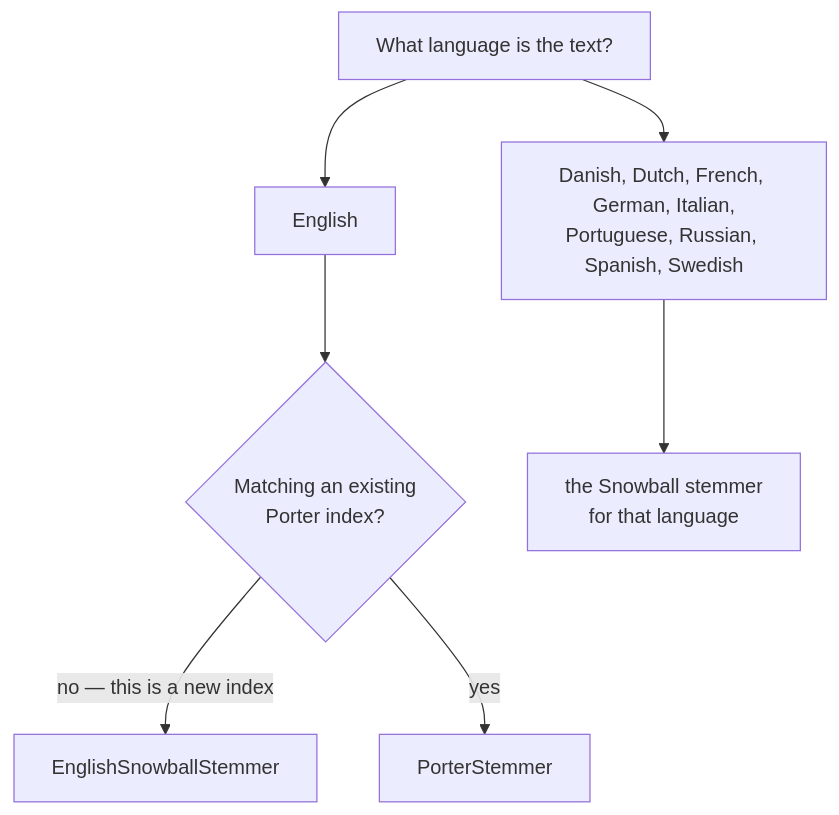
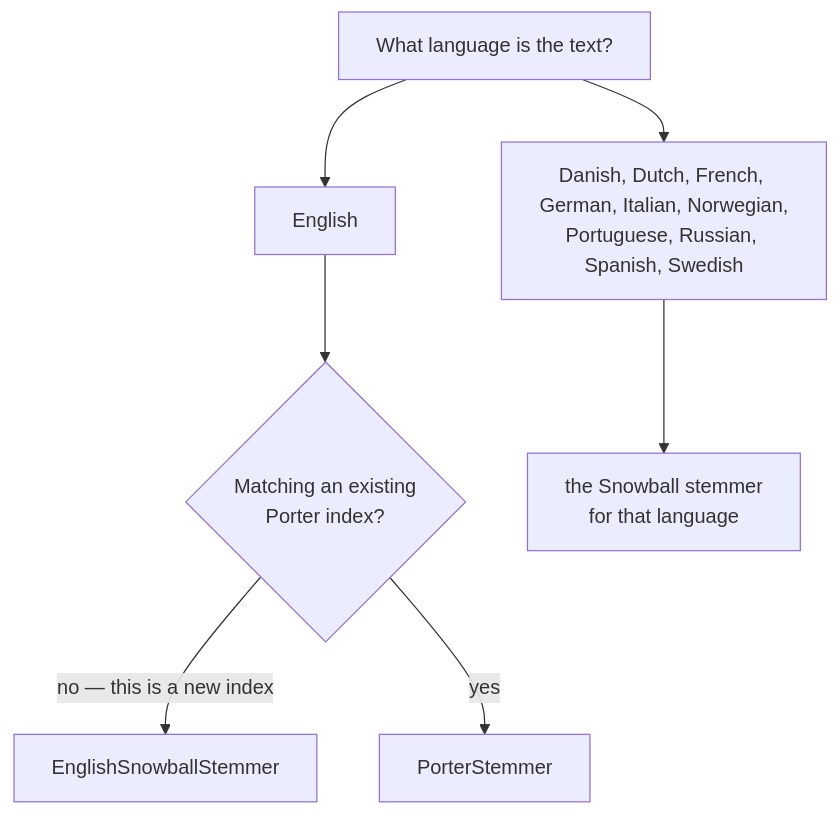
The diagram in docs/reference/text/stemming.md (CyrilB1531/lodestar), drawn with Mermaid before and after one commit. The commit also changed other lines of this file and 11 other files, not shown here.

````diff
--- a/docs/reference/text/stemming.md
+++ b/docs/reference/text/stemming.md
@@ -12,9 +12,9 @@
 ```mermaid
 flowchart TD
     A["What language is the text?"] --> B["English"]
-    A --> C["Danish, Dutch, French, German, Italian,<br/>Portuguese, Russian, Spanish, Swedish"]
+    A --> C["Danish, Dutch, French, German, Italian, Norwegian,<br/>Portuguese, Russian, Spanish, Swedish"]
     B --> D{"Matching an existing<br/>Porter index?"}
     D -->|"no — this is a new index"| E["EnglishSnowballStemmer"]
     D -->|"yes"| F["PorterStemmer"]
     C --> G["the Snowball stemmer<br/>for that language"]
 ```
````
